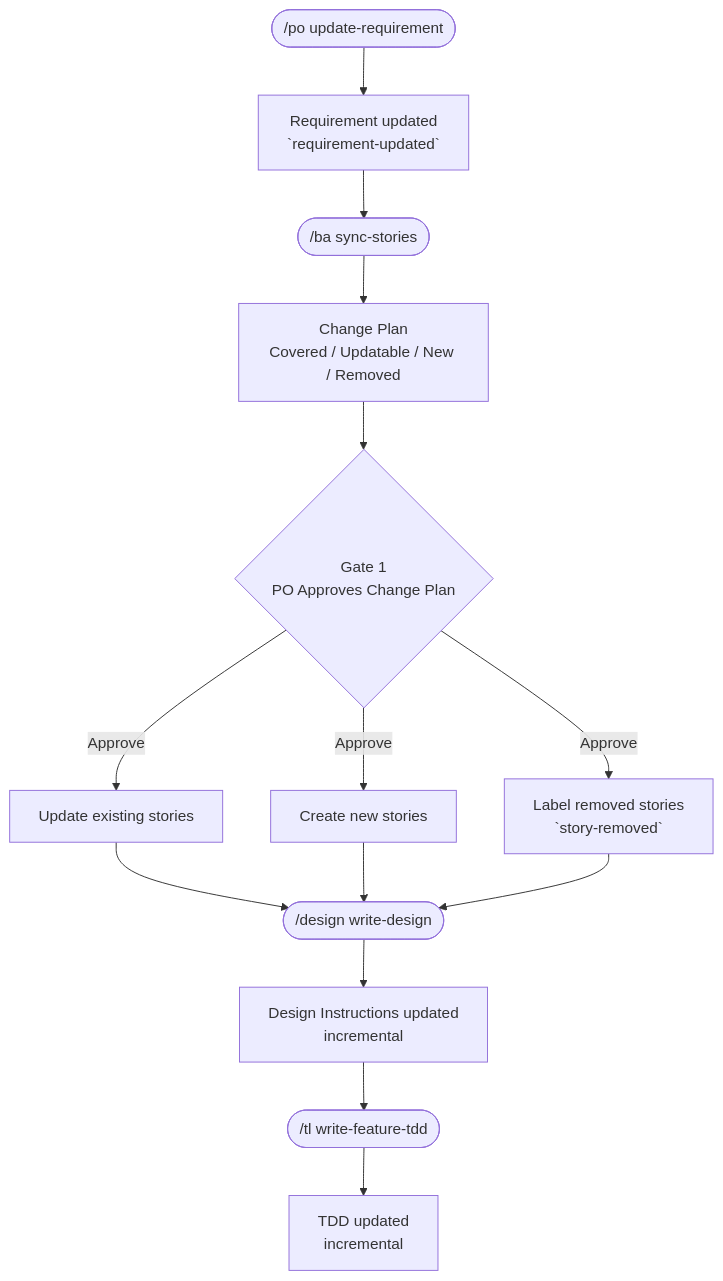
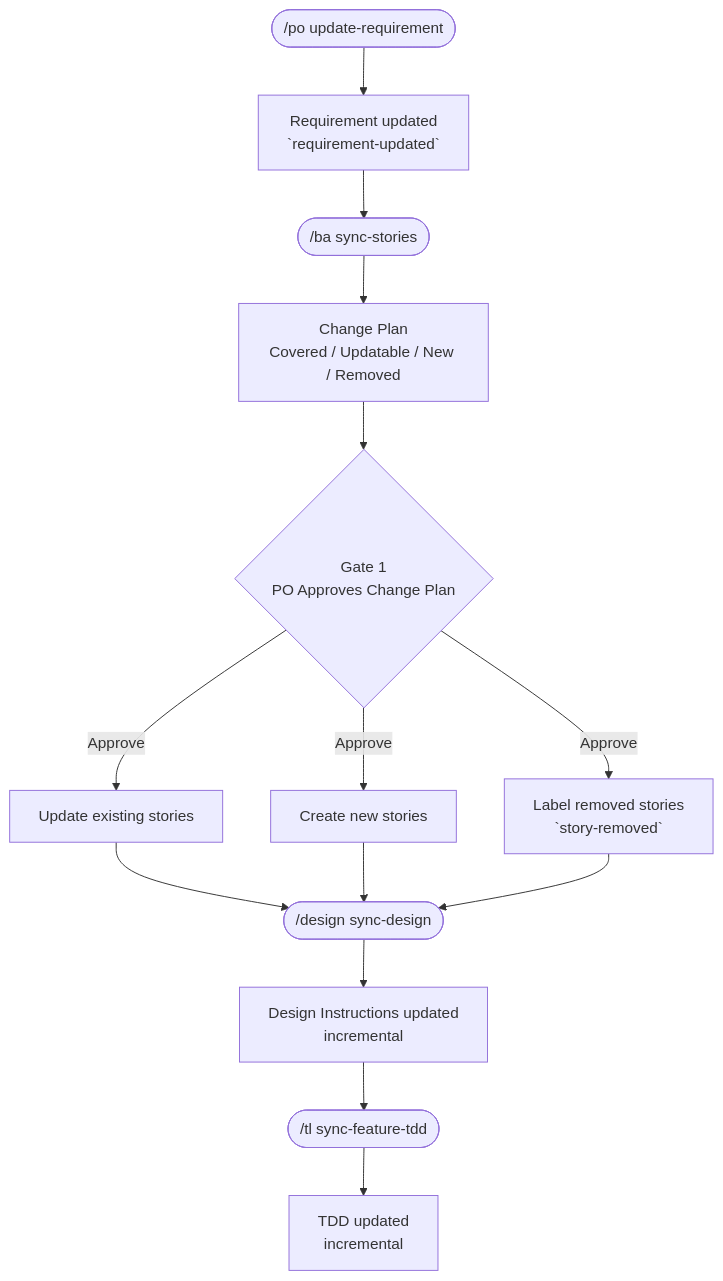
Before and after one commit to simpscal/notism: the third of 4 diagrams in README.md, drawn with Mermaid. The commit also changed other lines of this file and 12 other files, not shown here.

First line of the commit message:
feat: add sync commands for design and TDD; remove story-added label

````diff
--- a/README.md
+++ b/README.md
@@ -81,14 +81,14 @@
 ```mermaid
 flowchart TD
     A(["/po update-requirement <N> <delta>"]) --> B["Requirement updated<br/>`requirement-updated`"]
     B --> C(["/ba sync-stories <N>"])
     C --> D["Change Plan<br/>Covered / Updatable / New / Removed"]
     D --> G1{Gate 1<br/>PO Approves Change Plan}
     G1 -->|Approve| E1["Update existing stories"]
     G1 -->|Approve| E2["Create new stories"]
     G1 -->|Approve| E3["Label removed stories<br/>`story-removed`"]
-    E1 & E2 & E3 --> F1(["/design write-design <sprint>"])
+    E1 & E2 & E3 --> F1(["/design sync-design <sprint>"])
     F1 --> F2["Design Instructions updated<br/>incremental"]
-    F2 --> F3(["/tl write-feature-tdd <sprint>"])
+    F2 --> F3(["/tl sync-feature-tdd <sprint>"])
     F3 --> F4["TDD updated<br/>incremental"]
 ```
````
